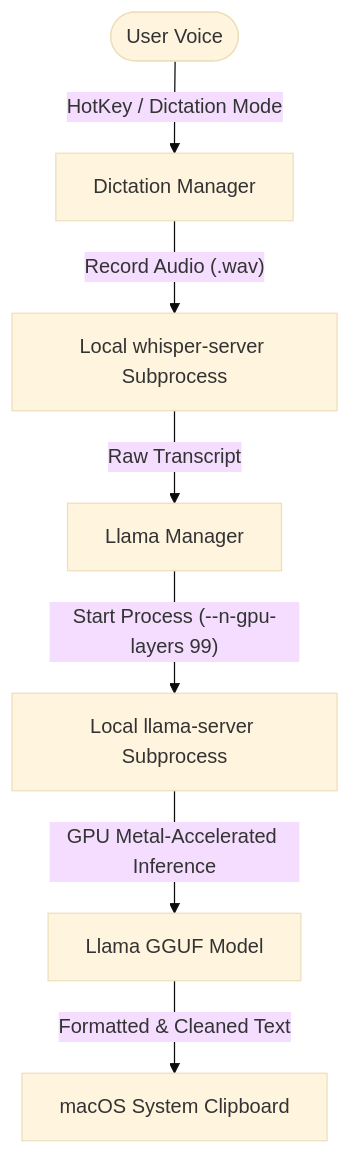
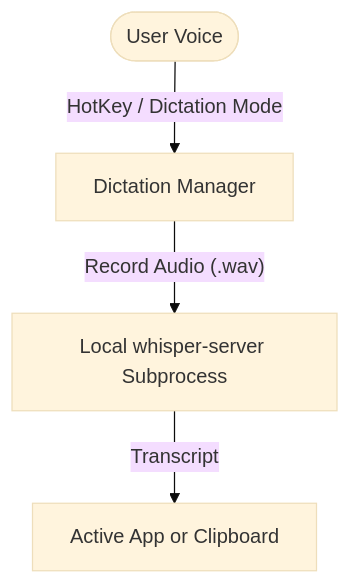
Before and after one commit to angdulu/andy-dynamic-island: the diagram in ReadMe.md, drawn with Mermaid (base theme). The commit also changed other lines of this file and 45 other files, not shown here.

````diff
--- a/ReadMe.md
+++ b/ReadMe.md
@@ -33,9 +33,6 @@
 ```mermaid
 graph TD
     User(["User Voice"]) -->|"HotKey / Dictation Mode"| DM[Dictation Manager]
     DM -->|"Record Audio (.wav)"| WS[Local whisper-server Subprocess]
-    WS -->|"Raw Transcript"| LM[Llama Manager]
-    LM -->|"Start Process (--n-gpu-layers 99)"| LS[Local llama-server Subprocess]
-    LS -->|"GPU Metal-Accelerated Inference"| Llama[Llama GGUF Model]
-    Llama -->|"Formatted & Cleaned Text"| Clipboard[macOS System Clipboard]
+    WS -->|"Transcript"| Out[Active App or Clipboard]
 ```
````
